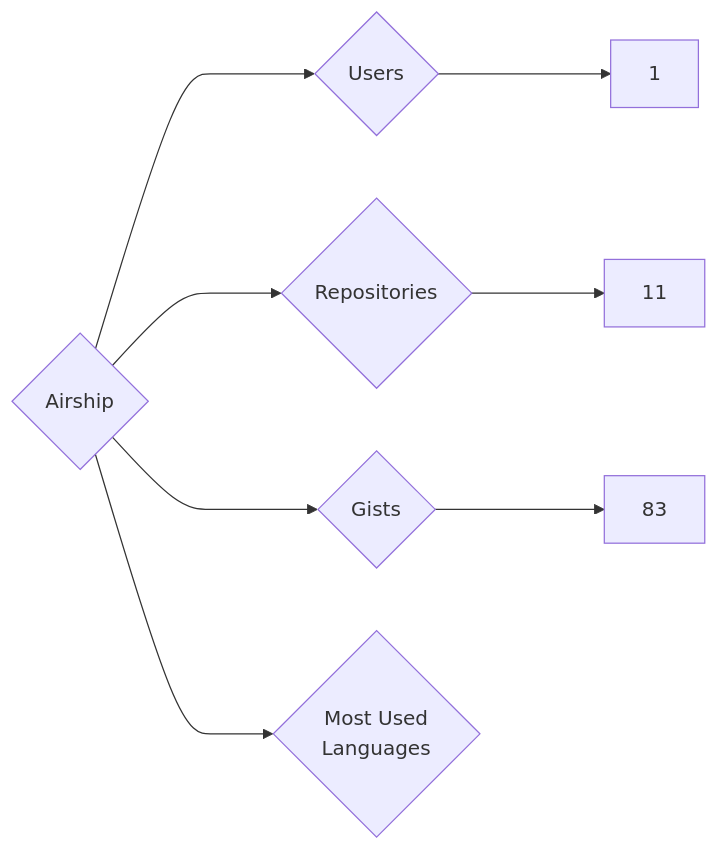
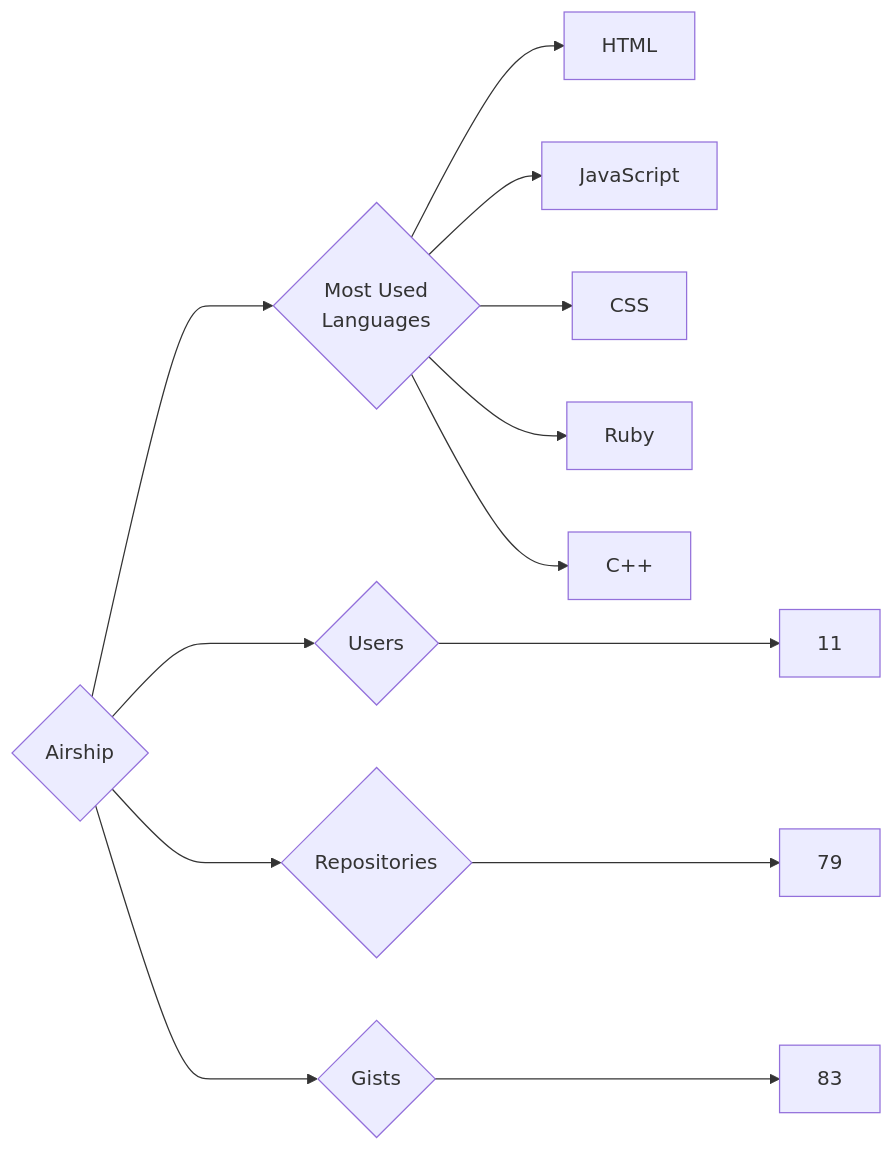
One commit to trickest/insiders changed the diagram in targets/Airship/README.md. Above: the diagram before and after it, drawn with Mermaid. The commit also changed 826 other files, not shown here.

````diff
--- a/targets/Airship/README.md
+++ b/targets/Airship/README.md
@@ -3,8 +3,13 @@
 ```mermaid
 graph LR
 COMPANY_NAME{Airship}
-COMPANY_NAME ---> U{Users} ---> UN[1]
-COMPANY_NAME ---> R{Repositories} ---> RN[11]
+COMPANY_NAME ---> U{Users} ---> UN[11]
+COMPANY_NAME ---> R{Repositories} ---> RN[79]
 COMPANY_NAME ---> G{Gists} ---> GN[83]
 COMPANY_NAME ---> ML{Most Used<br>Languages}
+ML --> HTML[HTML]
+ML --> JavaScript[JavaScript]
+ML --> CSS[CSS]
+ML --> Ruby[Ruby]
+ML --> C++[C++]
 ```
````
